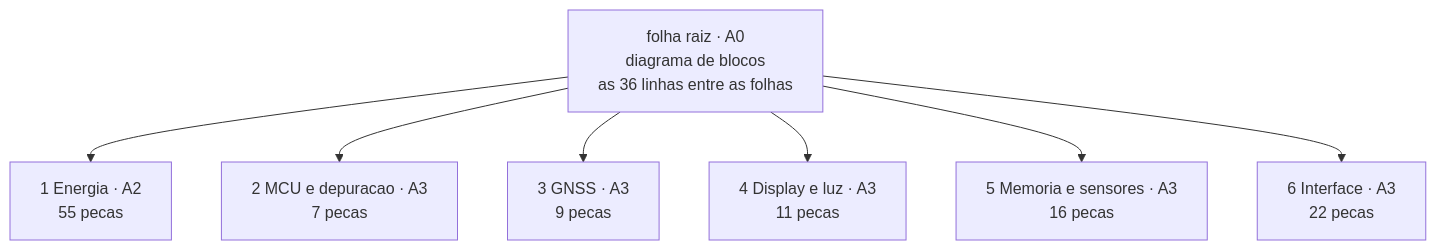
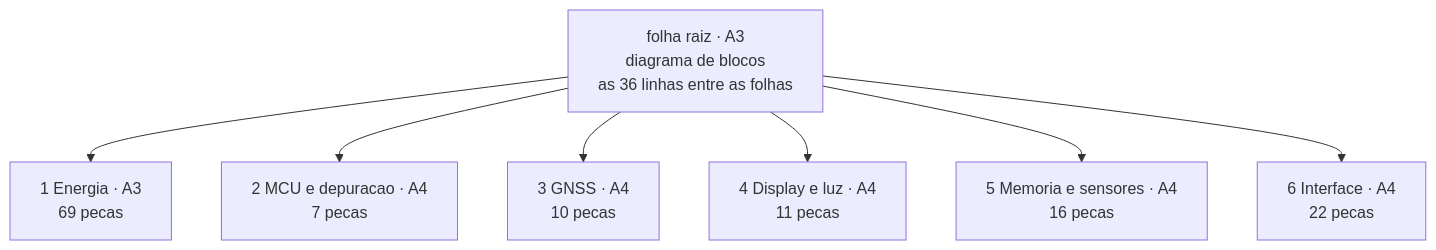
The first of 2 diagrams in hardware_gnssbike/cad/README.md (Guiimartinho/gnss-bike-computer), drawn with Mermaid before and after one commit. The commit also changed other lines of this file and 27 other files, not shown here.

````diff
--- a/hardware_gnssbike/cad/README.md
+++ b/hardware_gnssbike/cad/README.md
@@ -31,10 +31,10 @@
 ```mermaid
 flowchart TB
-    RAIZ["folha raiz · A0<br/>diagrama de blocos<br/>as 36 linhas entre as folhas"]
-    RAIZ --> F1["1 Energia · A2<br/>55 pecas"]
-    RAIZ --> F2["2 MCU e depuracao · A3<br/>7 pecas"]
-    RAIZ --> F3["3 GNSS · A3<br/>9 pecas"]
-    RAIZ --> F4["4 Display e luz · A3<br/>11 pecas"]
-    RAIZ --> F5["5 Memoria e sensores · A3<br/>16 pecas"]
-    RAIZ --> F6["6 Interface · A3<br/>22 pecas"]
+    RAIZ["folha raiz · A3<br/>diagrama de blocos<br/>as 36 linhas entre as folhas"]
+    RAIZ --> F1["1 Energia · A3<br/>69 pecas"]
+    RAIZ --> F2["2 MCU e depuracao · A4<br/>7 pecas"]
+    RAIZ --> F3["3 GNSS · A4<br/>10 pecas"]
+    RAIZ --> F4["4 Display e luz · A4<br/>11 pecas"]
+    RAIZ --> F5["5 Memoria e sensores · A4<br/>16 pecas"]
+    RAIZ --> F6["6 Interface · A4<br/>22 pecas"]
 ```
````
